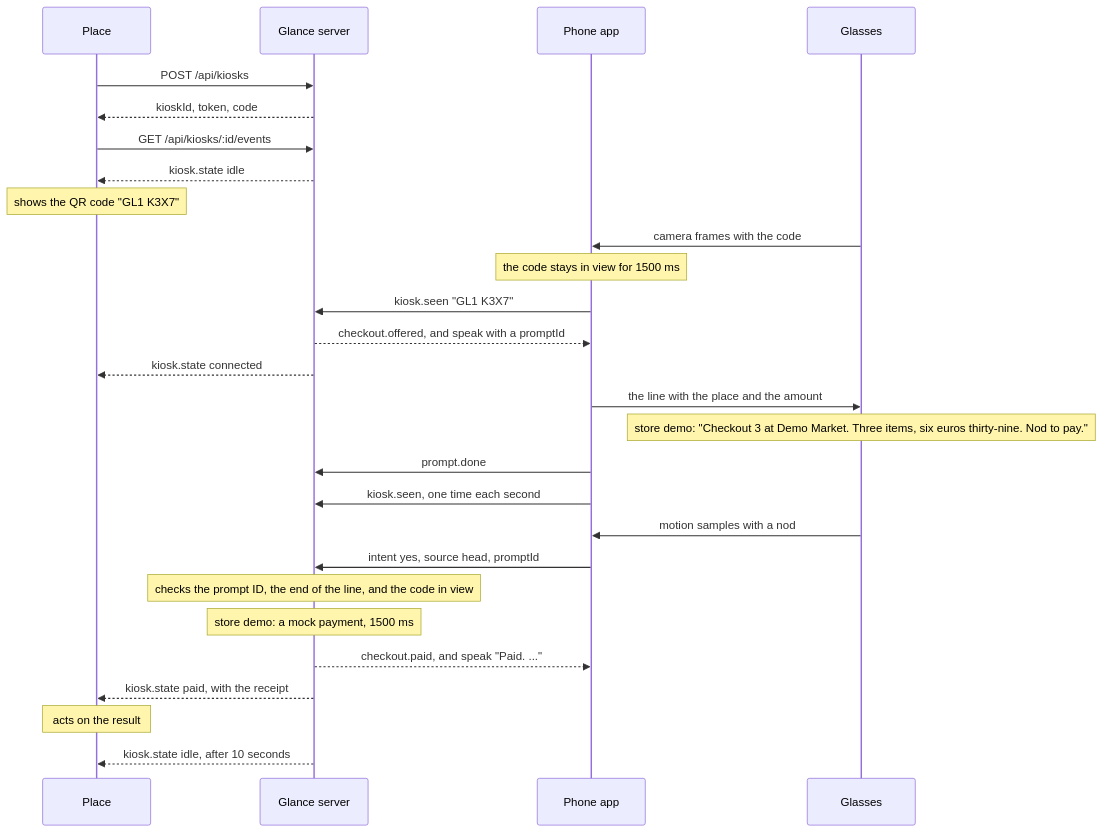
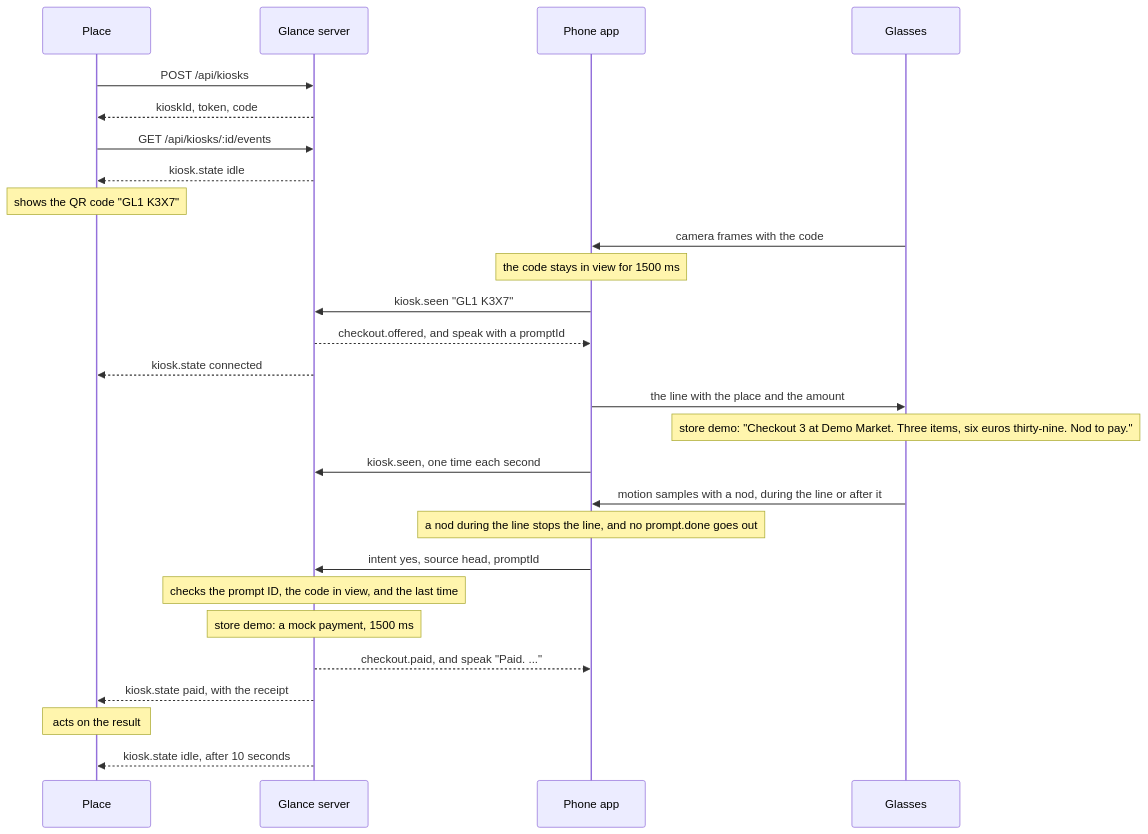
The second of 2 diagrams in docs/protocol.md (mrBymax/glance), drawn with Mermaid before and after one commit. The commit also changed other lines of this file and 1 other file, not shown here.

Commit message:
docs: describe the head window that opens during the line of each prompt

````diff
--- a/docs/protocol.md
+++ b/docs/protocol.md
@@ -153,29 +153,29 @@
 ```mermaid
 sequenceDiagram
   participant Place
   participant Server as Glance server
   participant Phone as Phone app
   participant Glasses
   Place->>Server: POST /api/kiosks
   Server-->>Place: kioskId, token, code
   Place->>Server: GET /api/kiosks/:id/events
   Server-->>Place: kiosk.state idle
   Note over Place: shows the QR code "GL1 K3X7"
   Glasses->>Phone: camera frames with the code
   Note over Phone: the code stays in view for 1500 ms
   Phone->>Server: kiosk.seen "GL1 K3X7"
   Server-->>Phone: checkout.offered, and speak with a promptId
   Server-->>Place: kiosk.state connected
   Phone->>Glasses: the line with the place and the amount
   Note over Glasses: store demo: "Checkout 3 at Demo Market. Three items, six euros thirty-nine. Nod to pay."
-  Phone->>Server: prompt.done
   Phone->>Server: kiosk.seen, one time each second
-  Glasses->>Phone: motion samples with a nod
+  Glasses->>Phone: motion samples with a nod, during the line or after it
+  Note over Phone: a nod during the line stops the line, and no prompt.done goes out
   Phone->>Server: intent yes, source head, promptId
-  Note over Server: checks the prompt ID, the end of the line, and the code in view
+  Note over Server: checks the prompt ID, the code in view, and the last time
   Note over Server: store demo: a mock payment, 1500 ms
   Server-->>Phone: checkout.paid, and speak "Paid. ..."
   Server-->>Place: kiosk.state paid, with the receipt
   Note over Place: acts on the result
   Server-->>Place: kiosk.state idle, after 10 seconds
 ```
````
